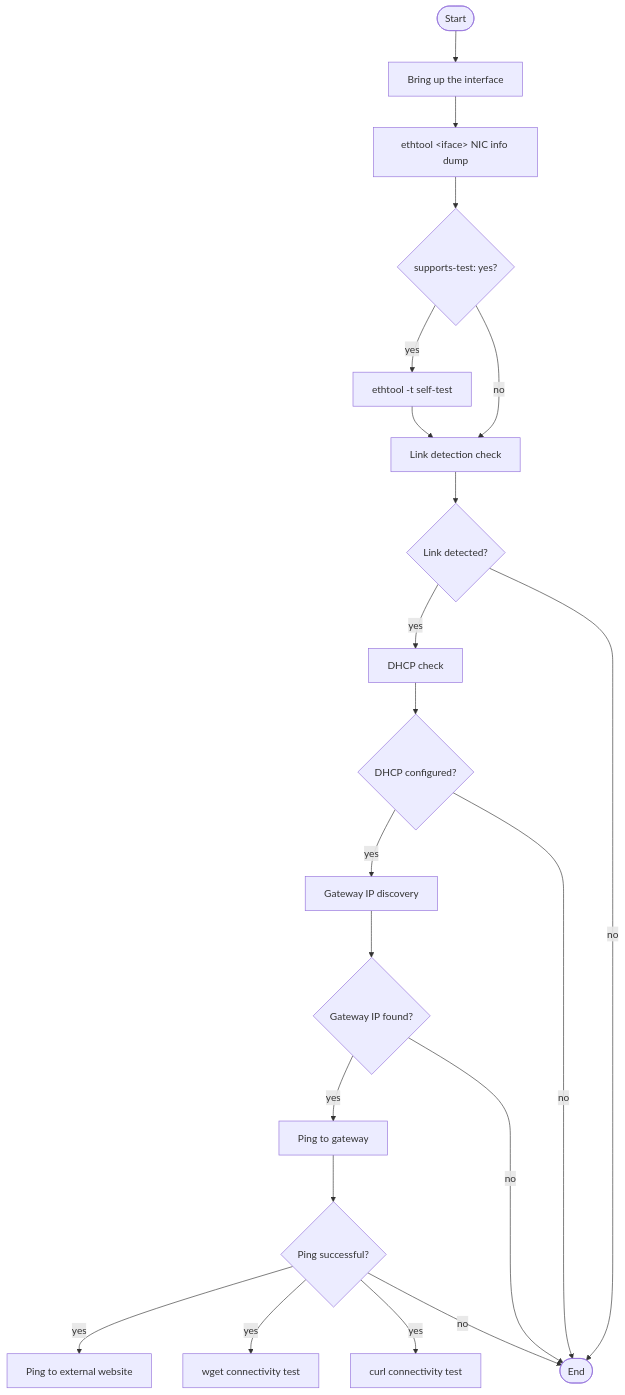
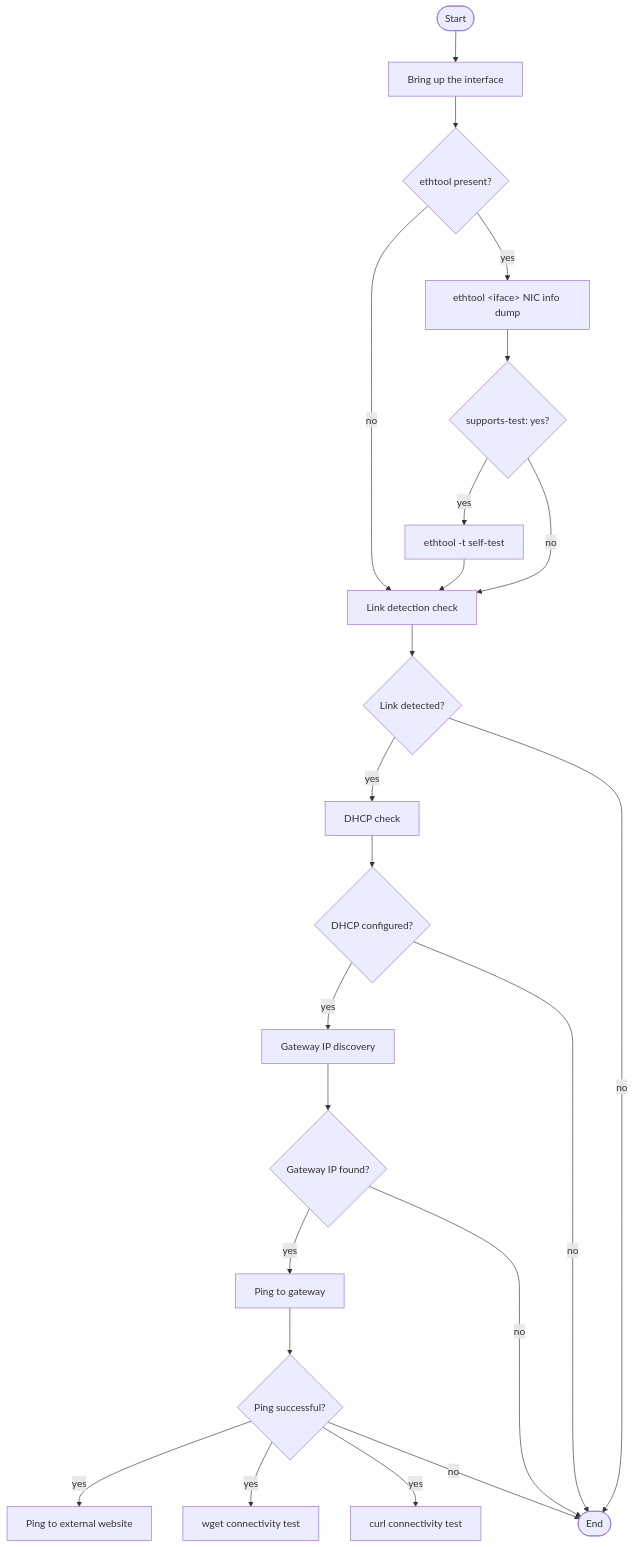
One commit to ARM-software/arm-systemready changed the diagram in docs/ethtool_test_guide.md. Above: the diagram before and after it, drawn with Mermaid. The commit also changed other lines of this file, not shown here.

First line of the commit message:
docs : updates ethtool test script readme as per the latest changes

````diff
--- a/docs/ethtool_test_guide.md
+++ b/docs/ethtool_test_guide.md
@@ -90,23 +90,25 @@
 ```mermaid
 flowchart TD
     Start([Start]) --> C[Bring up the interface]
-    C --> D[ethtool &lt;iface&gt; NIC info dump]
+    C --> E1{ethtool present?}
+    E1 -->|no| G[Link detection check]
+    E1 -->|yes| D[ethtool &lt;iface&gt; NIC info dump]
     D --> E{supports-test: yes?}
     E -->|yes| F[ethtool -t self-test]
-    E -->|no| G[Link detection check]
+    E -->|no| G
     F --> G
     G --> H{Link detected?}
     H -->|yes| I[DHCP check]
     H -->|no| End([End])
     I --> J{DHCP configured?}
     J -->|yes| K[Gateway IP discovery]
     J -->|no| End
     K --> L{Gateway IP found?}
     L -->|yes| M[Ping to gateway]
     L -->|no| End
     M --> N{Ping successful?}
     N -->|yes| O[Ping to external website]
     N -->|yes| P[wget connectivity test]
     N -->|yes| Q[curl connectivity test]
     N -->|no| End
 ```
````
